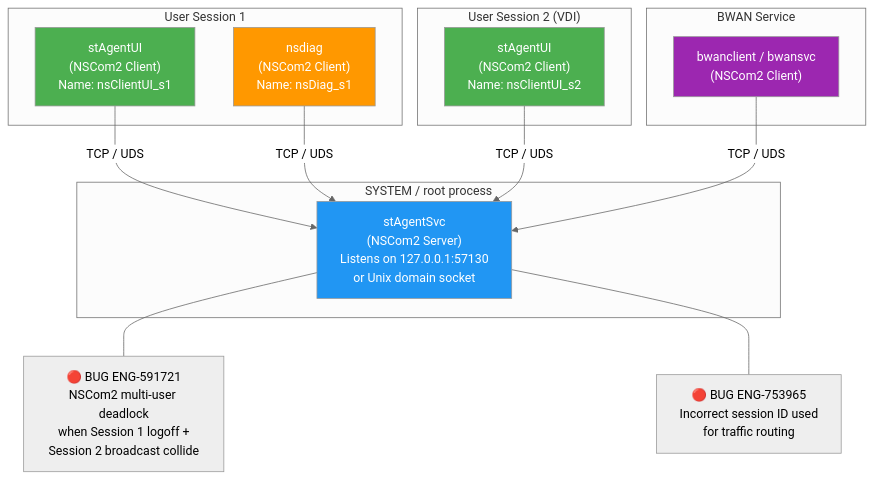
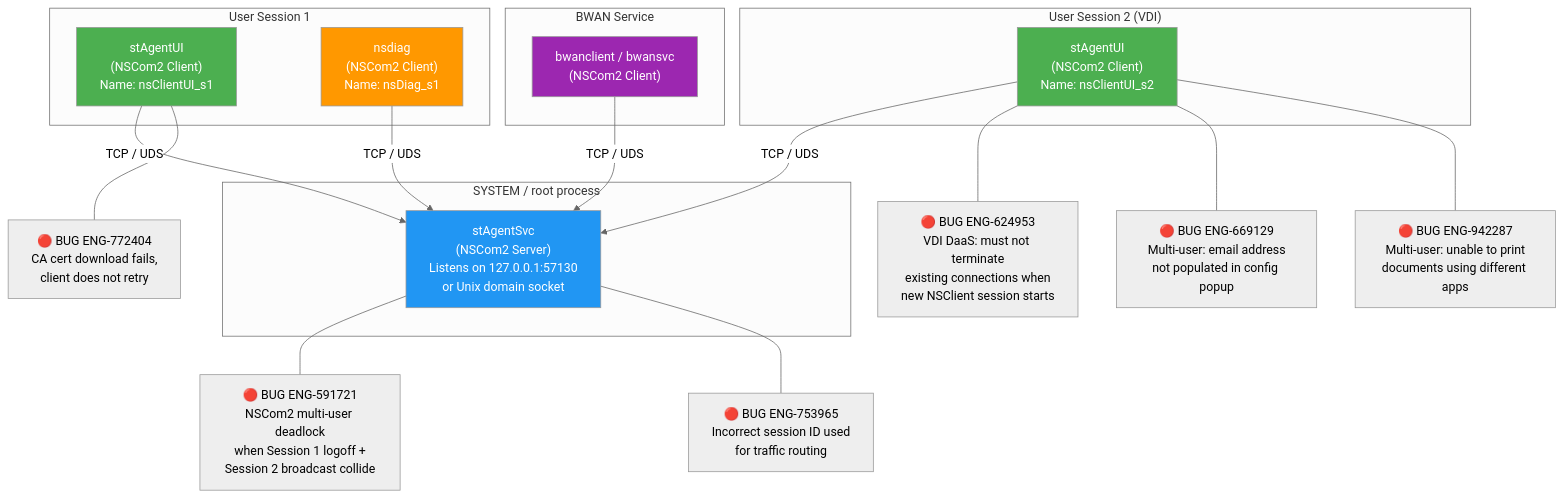
The first of 16 diagrams in chapters/17_ipc_nscom2.md (ns-klin/endpoint_system_test_plan), drawn with Mermaid (neutral theme) before and after one commit. The commit also changed other lines of this file and 26 other files, not shown here.

First line of the commit message:
Add 87 bugs from Excel enrichment and integrate into mermaid diagrams

````diff
--- a/chapters/17_ipc_nscom2.md
+++ b/chapters/17_ipc_nscom2.md
@@ -29,36 +29,44 @@
 ```mermaid
 graph TB
     subgraph "SYSTEM / root process"
         SVC["stAgentSvc<br/>(NSCom2 Server)<br/>Listens on 127.0.0.1:57130<br/>or Unix domain socket"]
     end
 
     subgraph "User Session 1"
         UI1["stAgentUI<br/>(NSCom2 Client)<br/>Name: nsClientUI_s1"]
         DIAG1["nsdiag<br/>(NSCom2 Client)<br/>Name: nsDiag_s1"]
     end
 
     subgraph "User Session 2 (VDI)"
         UI2["stAgentUI<br/>(NSCom2 Client)<br/>Name: nsClientUI_s2"]
     end
 
     subgraph "BWAN Service"
         BWAN["bwanclient / bwansvc<br/>(NSCom2 Client)"]
     end
 
     UI1 -->|"TCP / UDS"| SVC
     DIAG1 -->|"TCP / UDS"| SVC
     UI2 -->|"TCP / UDS"| SVC
     BWAN -->|"TCP / UDS"| SVC
 
     BUG_DEADLOCK["🔴 BUG ENG-591721<br/>NSCom2 multi-user deadlock<br/>when Session 1 logoff +<br/>Session 2 broadcast collide"]
     BUG_SESSION["🔴 BUG ENG-753965<br/>Incorrect session ID used<br/>for traffic routing"]
+    BUG_VDI_CONN["🔴 BUG ENG-624953<br/>VDI DaaS: must not terminate<br/>existing connections when<br/>new NSClient session starts"]
+    BUG_EMAIL["🔴 BUG ENG-669129<br/>Multi-user: email address<br/>not populated in config popup"]
+    BUG_CA_DL["🔴 BUG ENG-772404<br/>CA cert download fails,<br/>client does not retry"]
+    BUG_PRINT["🔴 BUG ENG-942287<br/>Multi-user: unable to print<br/>documents using different apps"]
 
     SVC --- BUG_DEADLOCK
     SVC --- BUG_SESSION
+    UI2 --- BUG_VDI_CONN
+    UI2 --- BUG_EMAIL
+    UI1 --- BUG_CA_DL
+    UI2 --- BUG_PRINT
 
     style SVC fill:#2196F3,color:#fff
     style UI1 fill:#4CAF50,color:#fff
     style UI2 fill:#4CAF50,color:#fff
     style DIAG1 fill:#FF9800,color:#fff
     style BWAN fill:#9C27B0,color:#fff
 ```
````
